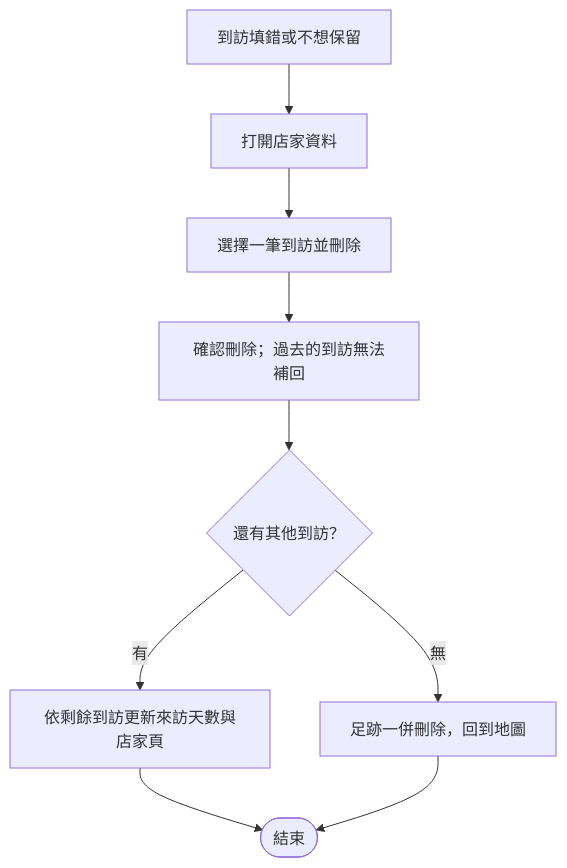
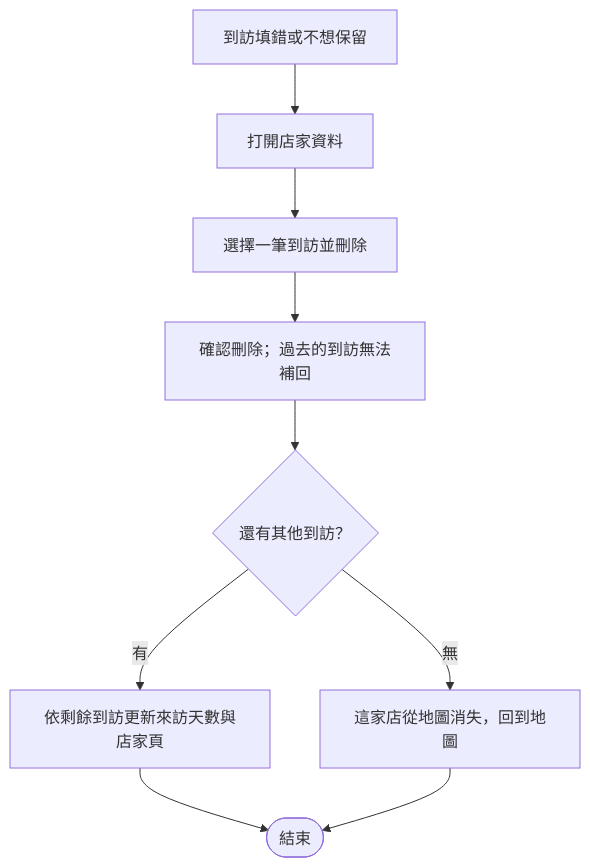
One commit to TooruTW/anaba changed the fourth of 5 diagrams in DOC/user_stories/mvp-user-scenarios.md. Above: the diagram before and after it, drawn with Mermaid. The commit also changed other lines of this file and 6 other files, not shown here.

````diff
--- a/DOC/user_stories/mvp-user-scenarios.md
+++ b/DOC/user_stories/mvp-user-scenarios.md
@@ -55,11 +55,11 @@
 ```mermaid
 flowchart TD
     A[到訪填錯或不想保留] --> B[打開店家資料]
     B --> C[選擇一筆到訪並刪除]
     C --> D[確認刪除；過去的到訪無法補回]
     D --> E{還有其他到訪？}
     E -- 有 --> F[依剩餘到訪更新來訪天數與店家頁]
-    E -- 無 --> G[足跡一併刪除，回到地圖]
+    E -- 無 --> G[這家店從地圖消失，回到地圖]
     F --> H([結束])
     G --> H
 ```
````
